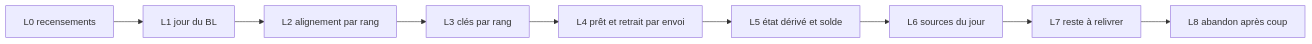
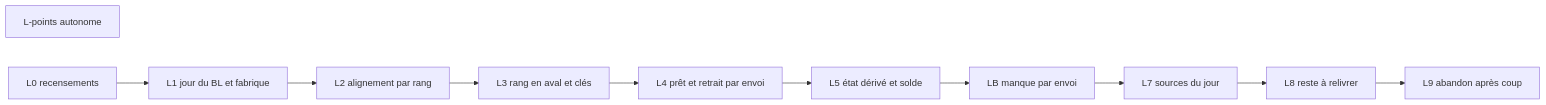
One commit to hugoheynard/lfd changed the second of 2 diagrams in documentation/commandes/plan-e7-reliquat-bati.md. Above: the diagram before and after it, drawn with Mermaid. The commit also changed other lines of this file, not shown here.

Commit message:
docs(commandes): plan du reliquat, troisième version — manque par envoi, clés relues, coût réel

````diff
--- a/documentation/commandes/plan-e7-reliquat-bati.md
+++ b/documentation/commandes/plan-e7-reliquat-bati.md
@@ -154,11 +295,13 @@
 ```mermaid
 flowchart LR
-    L0["L0 recensements"] --> L1["L1 jour du BL"]
+    LP["L-points autonome"]
+    L0["L0 recensements"] --> L1["L1 jour du BL et fabrique"]
     L1 --> L2["L2 alignement par rang"]
-    L2 --> L3["L3 clés par rang"]
+    L2 --> L3["L3 rang en aval et clés"]
     L3 --> L4["L4 prêt et retrait par envoi"]
     L4 --> L5["L5 état dérivé et solde"]
-    L5 --> L6["L6 sources du jour"]
-    L6 --> L7["L7 reste à relivrer"]
-    L7 --> L8["L8 abandon après coup"]
+    L5 --> LB["LB manque par envoi"]
+    LB --> L7["L7 sources du jour"]
+    L7 --> L8["L8 reste à relivrer"]
+    L8 --> L9["L9 abandon après coup"]
 ```
````
